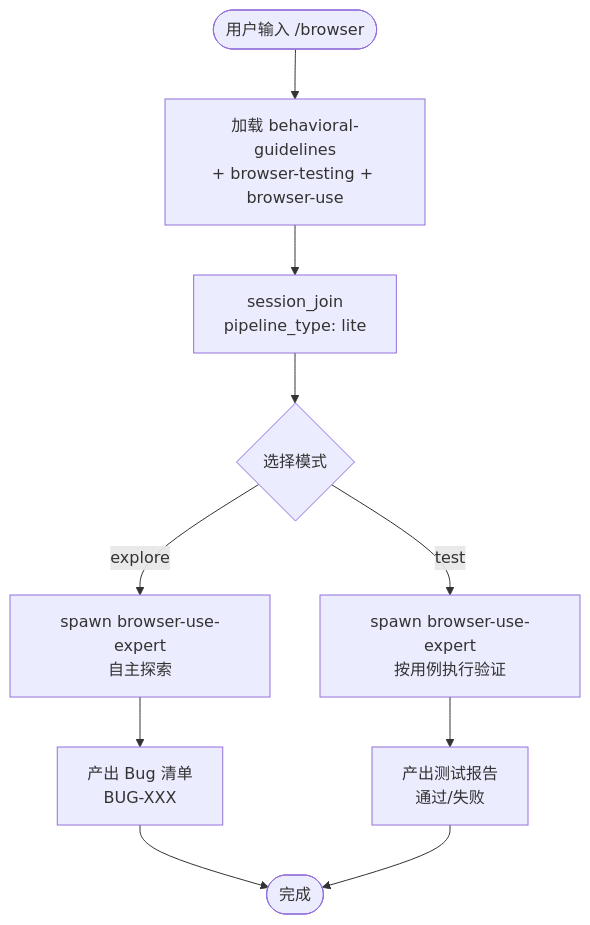
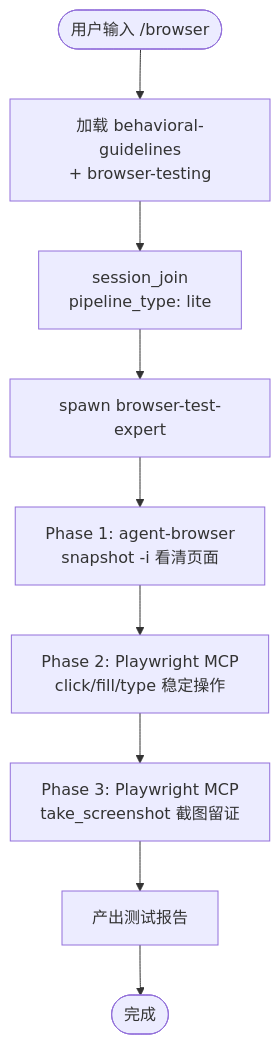
The diagram in docs/flows/browser.md (Wjl1224734792/Jarvis-Agent-Factory), drawn with Mermaid before and after one commit. The commit also changed other lines of this file and 38 other files, not shown here.

First line of the commit message:
refactor: 浏览器工具链重构 — Chrome DevTools MCP + hybrid mode

````diff
--- a/docs/flows/browser.md
+++ b/docs/flows/browser.md
@@ -31,12 +39,11 @@
 ```mermaid
 flowchart TD
-    START([用户输入 /browser]) --> LOAD[加载 behavioral-guidelines<br/>+ browser-testing + browser-use]
+    START([用户输入 /browser]) --> LOAD[加载 behavioral-guidelines<br/>+ browser-testing]
     LOAD --> JOIN[session_join<br/>pipeline_type: lite]
-    JOIN --> MODE{选择模式}
-    MODE --> |explore| EXPLORE[spawn browser-use-expert<br/>自主探索]
-    MODE --> |test| TEST[spawn browser-use-expert<br/>按用例执行验证]
-    EXPLORE --> REPORT_E[产出 Bug 清单<br/>BUG-XXX]
-    TEST --> REPORT_T[产出测试报告<br/>通过/失败]
-    REPORT_E --> DONE([完成])
-    REPORT_T --> DONE
+    JOIN --> SPAWN[spawn browser-test-expert]
+    SPAWN --> PHASE1[Phase 1: agent-browser<br/>snapshot -i 看清页面]
+    PHASE1 --> PHASE2[Phase 2: Playwright MCP<br/>click/fill/type 稳定操作]
+    PHASE2 --> PHASE3[Phase 3: Playwright MCP<br/>take_screenshot 截图留证]
+    PHASE3 --> REPORT[产出测试报告]
+    REPORT --> DONE([完成])
 ```
````
